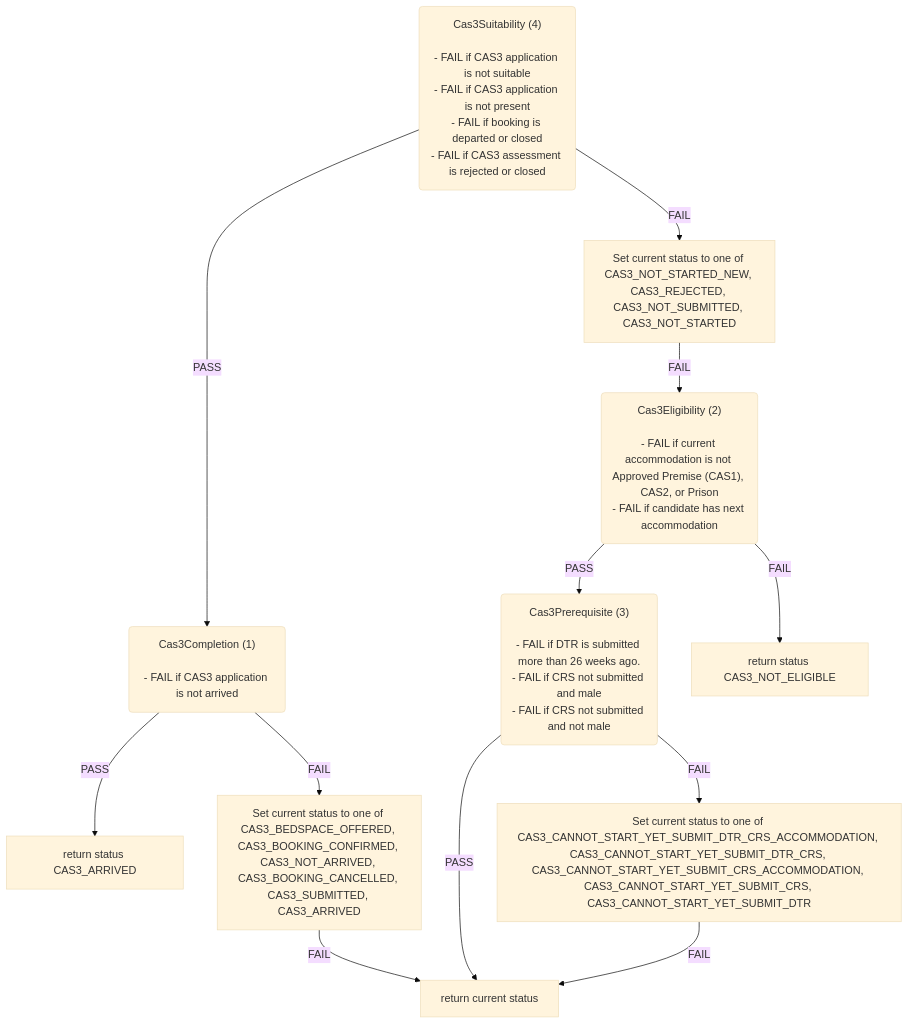
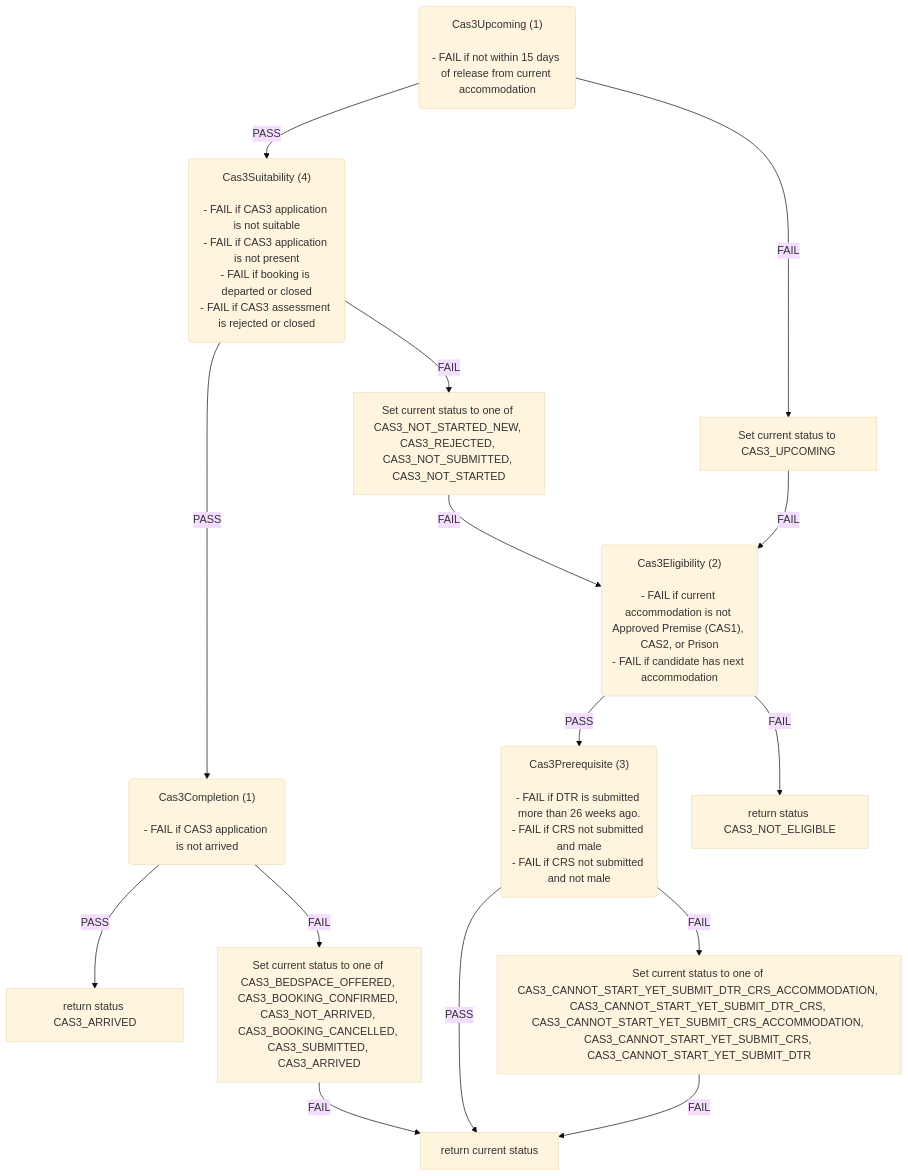
The third of 6 diagrams in docs/eligibility-rules-graph.md (ministryofjustice/hmpps-single-accommodation-service-api), drawn with Mermaid (base theme) before and after one commit. The commit also changed other lines of this file and 16 other files, not shown here.

Commit message:
feature/SAS-1390-Add-Upcoming-15-days-rule-to-CAS3

````diff
--- a/docs/eligibility-rules-graph.md
+++ b/docs/eligibility-rules-graph.md
@@ -218,38 +218,45 @@
 ```mermaid
 flowchart TD
+  Cas3Upcoming("Cas3Upcoming (1)
+
+- FAIL if not within 15 days of release from current accommodation")
   Cas3Suitability("Cas3Suitability (4)
 
 - FAIL if CAS3 application is not suitable
 - FAIL if CAS3 application is not present
 - FAIL if booking is departed or closed
 - FAIL if CAS3 assessment is rejected or closed")
   Cas3Completion("Cas3Completion (1)
 
 - FAIL if CAS3 application is not arrived")
   return_status_CAS3_ARRIVED["return status CAS3_ARRIVED"]
   Set_current_status_to_one_of_CAS3_BEDSPACE_OFFERED__CAS3_BOOKING_CONFIRMED__CAS3_NOT_ARRIVED__CAS3_BOOKING_CANCELLED__CAS3_SUBMITTED__CAS3_ARRIVED["Set current status to one of CAS3_BEDSPACE_OFFERED, CAS3_BOOKING_CONFIRMED, CAS3_NOT_ARRIVED, CAS3_BOOKING_CANCELLED, CAS3_SUBMITTED, CAS3_ARRIVED"]
   return_current_status["return current status"]
   Set_current_status_to_one_of_CAS3_NOT_STARTED_NEW__CAS3_REJECTED__CAS3_NOT_SUBMITTED__CAS3_NOT_STARTED["Set current status to one of CAS3_NOT_STARTED_NEW, CAS3_REJECTED, CAS3_NOT_SUBMITTED, CAS3_NOT_STARTED"]
   Cas3Eligibility("Cas3Eligibility (2)
 
 - FAIL if current accommodation is not Approved Premise (CAS1), CAS2, or Prison
 - FAIL if candidate has next accommodation")
   Cas3Prerequisite("Cas3Prerequisite (3)
 
 - FAIL if DTR is submitted more than 26 weeks ago.
 - FAIL if CRS not submitted and male
 - FAIL if CRS not submitted and not male")
   Set_current_status_to_one_of_CAS3_CANNOT_START_YET_SUBMIT_DTR_CRS_ACCOMMODATION__CAS3_CANNOT_START_YET_SUBMIT_DTR_CRS__CAS3_CANNOT_START_YET_SUBMIT_CRS_ACCOMMODATION__CAS3_CANNOT_START_YET_SUBMIT_CRS__CAS3_CANNOT_START_YET_SUBMIT_DTR["Set current status to one of CAS3_CANNOT_START_YET_SUBMIT_DTR_CRS_ACCOMMODATION, CAS3_CANNOT_START_YET_SUBMIT_DTR_CRS, CAS3_CANNOT_START_YET_SUBMIT_CRS_ACCOMMODATION, CAS3_CANNOT_START_YET_SUBMIT_CRS, CAS3_CANNOT_START_YET_SUBMIT_DTR"]
   return_status_CAS3_NOT_ELIGIBLE["return status CAS3_NOT_ELIGIBLE"]
+  Set_current_status_to_CAS3_UPCOMING["Set current status to CAS3_UPCOMING"]
   Cas3Completion -->|PASS| return_status_CAS3_ARRIVED
   Cas3Completion -->|FAIL| Set_current_status_to_one_of_CAS3_BEDSPACE_OFFERED__CAS3_BOOKING_CONFIRMED__CAS3_NOT_ARRIVED__CAS3_BOOKING_CANCELLED__CAS3_SUBMITTED__CAS3_ARRIVED
   Set_current_status_to_one_of_CAS3_BEDSPACE_OFFERED__CAS3_BOOKING_CONFIRMED__CAS3_NOT_ARRIVED__CAS3_BOOKING_CANCELLED__CAS3_SUBMITTED__CAS3_ARRIVED -->|FAIL| return_current_status
   Cas3Suitability -->|PASS| Cas3Completion
   Cas3Suitability -->|FAIL| Set_current_status_to_one_of_CAS3_NOT_STARTED_NEW__CAS3_REJECTED__CAS3_NOT_SUBMITTED__CAS3_NOT_STARTED
   Cas3Prerequisite -->|PASS| return_current_status
   Cas3Prerequisite -->|FAIL| Set_current_status_to_one_of_CAS3_CANNOT_START_YET_SUBMIT_DTR_CRS_ACCOMMODATION__CAS3_CANNOT_START_YET_SUBMIT_DTR_CRS__CAS3_CANNOT_START_YET_SUBMIT_CRS_ACCOMMODATION__CAS3_CANNOT_START_YET_SUBMIT_CRS__CAS3_CANNOT_START_YET_SUBMIT_DTR
   Set_current_status_to_one_of_CAS3_CANNOT_START_YET_SUBMIT_DTR_CRS_ACCOMMODATION__CAS3_CANNOT_START_YET_SUBMIT_DTR_CRS__CAS3_CANNOT_START_YET_SUBMIT_CRS_ACCOMMODATION__CAS3_CANNOT_START_YET_SUBMIT_CRS__CAS3_CANNOT_START_YET_SUBMIT_DTR -->|FAIL| return_current_status
   Cas3Eligibility -->|PASS| Cas3Prerequisite
   Cas3Eligibility -->|FAIL| return_status_CAS3_NOT_ELIGIBLE
   Set_current_status_to_one_of_CAS3_NOT_STARTED_NEW__CAS3_REJECTED__CAS3_NOT_SUBMITTED__CAS3_NOT_STARTED -->|FAIL| Cas3Eligibility
+  Cas3Upcoming -->|PASS| Cas3Suitability
+  Cas3Upcoming -->|FAIL| Set_current_status_to_CAS3_UPCOMING
+  Set_current_status_to_CAS3_UPCOMING -->|FAIL| Cas3Eligibility
 ```
````
